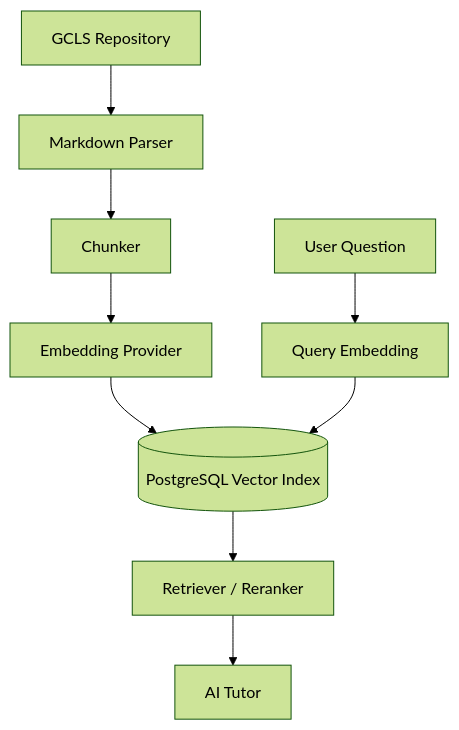
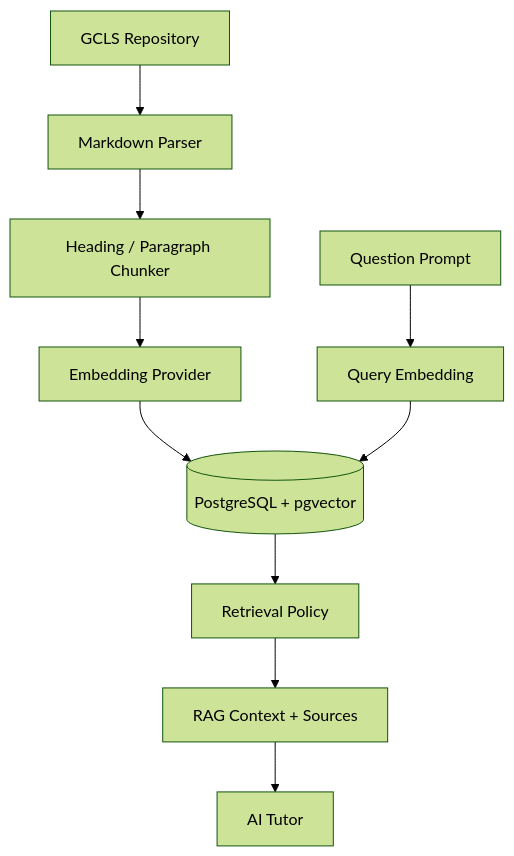
One commit to MetaStudy999/github-certification-learning-system-web changed the diagram in docs/architecture/050-rag-architecture.md. Above: the diagram before and after it, drawn with Mermaid (forest theme). The commit also changed other lines of this file and 31 other files, not shown here.

````diff
--- a/docs/architecture/050-rag-architecture.md
+++ b/docs/architecture/050-rag-architecture.md
@@ -17,11 +19,12 @@
 ```mermaid
 flowchart TD
     R[GCLS Repository] --> P[Markdown Parser]
-    P --> C[Chunker]
+    P --> C[Heading / Paragraph Chunker]
     C --> E[Embedding Provider]
-    E --> V[(PostgreSQL Vector Index)]
-    Q[User Question] --> QV[Query Embedding]
-    QV --> V
-    V --> RR[Retriever / Reranker]
-    RR --> T[AI Tutor]
+    E --> V[(PostgreSQL + pgvector)]
+    Q[Question Prompt] --> QE[Query Embedding]
+    QE --> V
+    V --> RP[Retrieval Policy]
+    RP --> CTX[RAG Context + Sources]
+    CTX --> T[AI Tutor]
 ```
````
